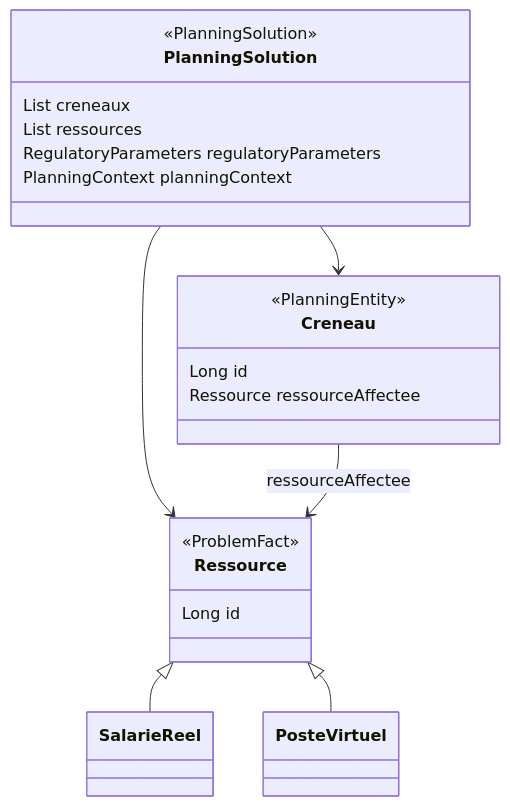
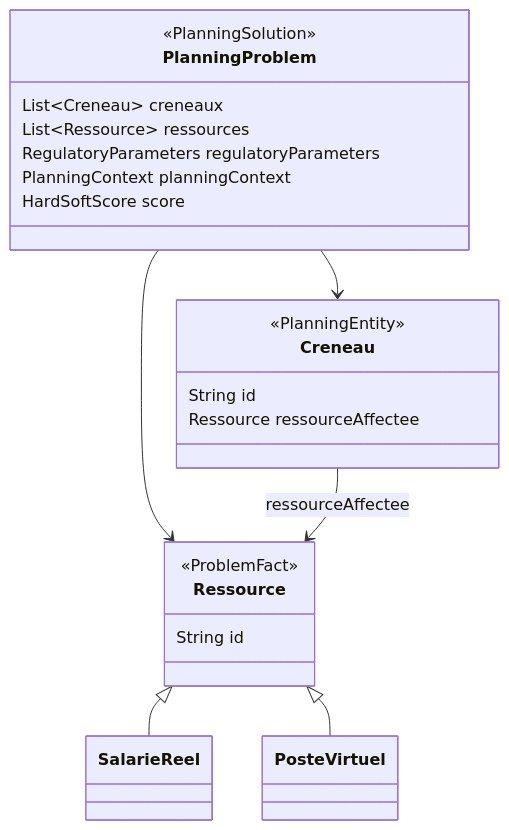
Before and after one commit to cpovereau/ocealia-planning-engine: the second of 3 diagrams in docs/30_UML_OPTAPLANNER.md, drawn with Mermaid. The commit also changed other lines of this file and 15 other files, not shown here.

````diff
--- a/docs/30_UML_OPTAPLANNER.md
+++ b/docs/30_UML_OPTAPLANNER.md
@@ -19,34 +19,35 @@
 ```mermaid
 classDiagram
 
-class PlanningSolution {
+class PlanningProblem {
     <<PlanningSolution>>
-    List<Creneau> creneaux
-    List<Ressource> ressources
+    List~Creneau~ creneaux
+    List~Ressource~ ressources
     RegulatoryParameters regulatoryParameters
     PlanningContext planningContext
+    HardSoftScore score
 }
 
 class Creneau {
     <<PlanningEntity>>
-    Long id
+    String id
     Ressource ressourceAffectee
 }
 
 class Ressource {
     <<ProblemFact>>
-    Long id
+    String id
 }
 
 class SalarieReel
 class PosteVirtuel
 
 Ressource <|-- SalarieReel
 Ressource <|-- PosteVirtuel
 
-PlanningSolution --> Creneau
-PlanningSolution --> Ressource
+PlanningProblem --> Creneau
+PlanningProblem --> Ressource
 
 Creneau --> Ressource : ressourceAffectee
 
 ```
````
